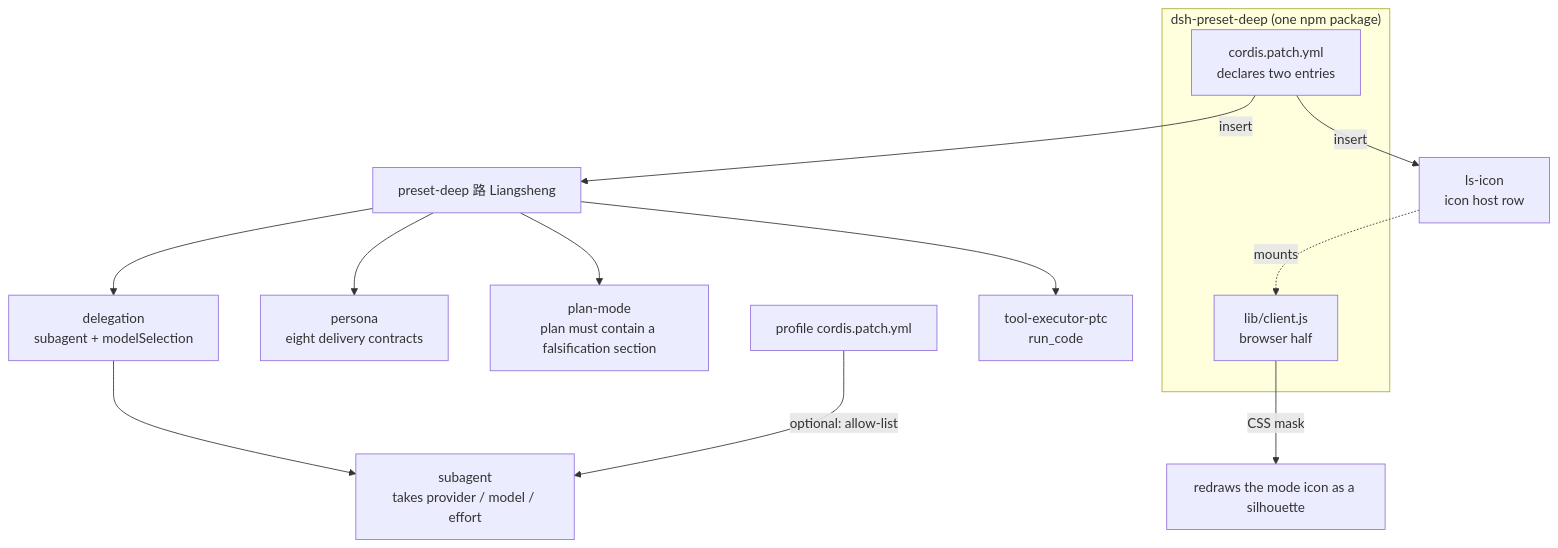
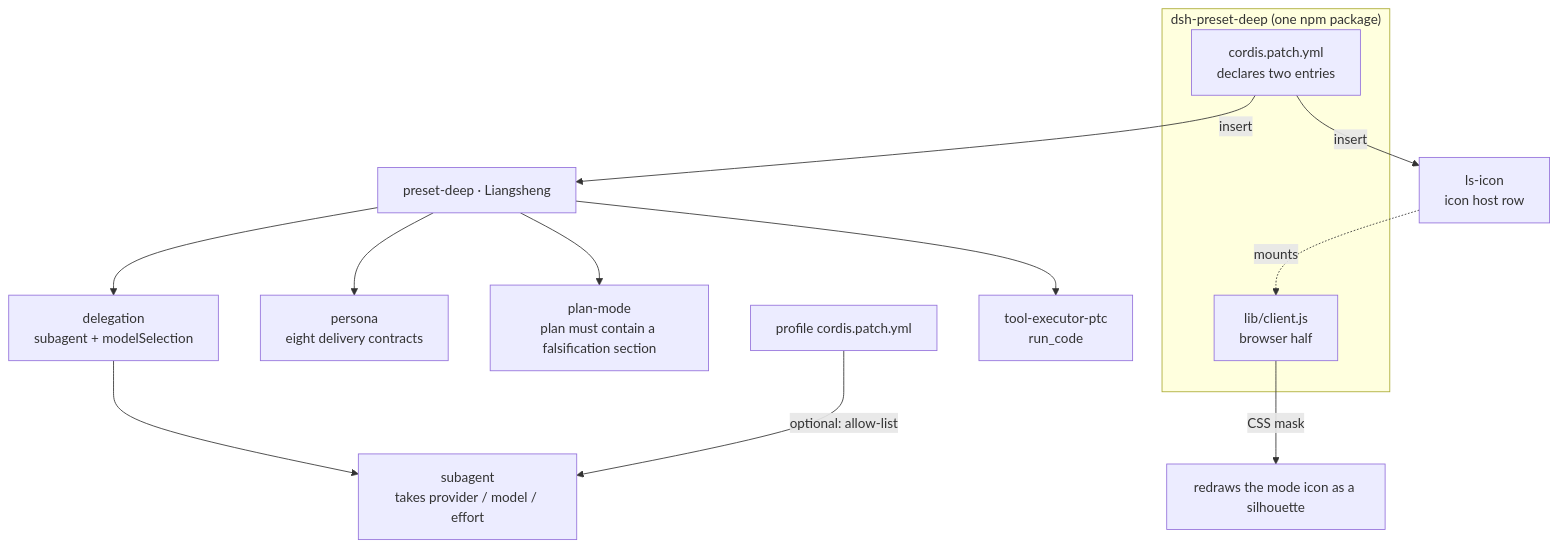
Before and after one commit to anticbv/dsh-preset-deep: the diagram in README.en.md, drawn with Mermaid. The commit also changed other lines of this file and 14 other files, not shown here.

Commit message:
0.1.2: 校验基准、图标后代兜底、observer 单例、CI 与文档收口

````diff
--- a/README.en.md
+++ b/README.en.md
@@ -30,22 +30,22 @@
 ```mermaid
 flowchart TD
     subgraph bundle["dsh-preset-deep (one npm package)"]
         P["cordis.patch.yml<br/>declares two entries"]
         C["lib/client.js<br/>browser half"]
     end
 
-    P -->|insert| R["preset-deep 路 Liangsheng"]
+    P -->|insert| R["preset-deep · Liangsheng"]
     P -->|insert| I["ls-icon<br/>icon host row"]
 
     R --> PS["persona<br/>eight delivery contracts"]
     R --> PM["plan-mode<br/>plan must contain a falsification section"]
     R --> DL["delegation<br/>subagent + modelSelection"]
     R --> PTC["tool-executor-ptc<br/>run_code"]
 
     DL --> SA["subagent<br/>takes provider / model / effort"]
 
     C -->|CSS mask| ICON["redraws the mode icon as a silhouette"]
     I -.->|mounts| C
 
     WS["profile cordis.patch.yml"] -->|optional: allow-list| SA
 ```
````
